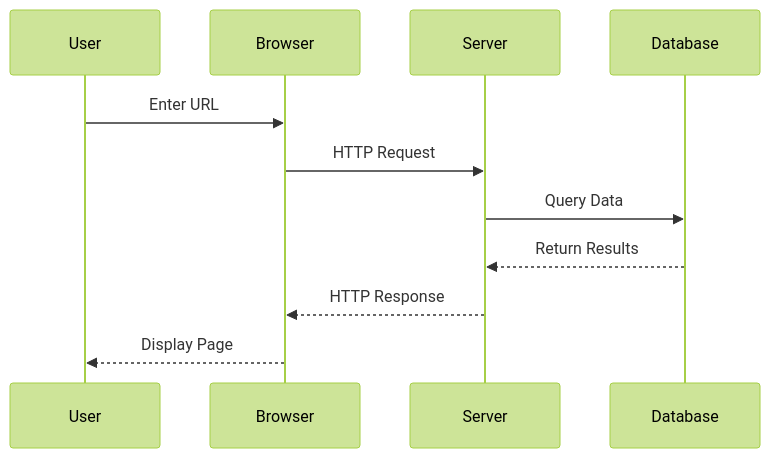
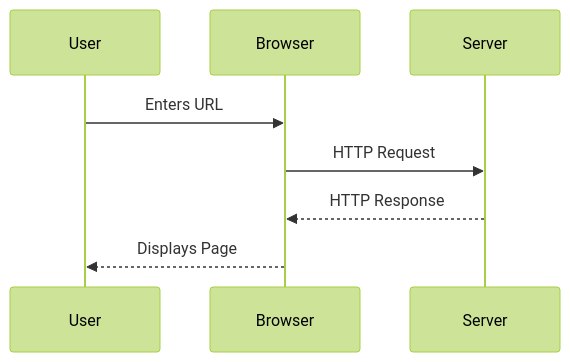
One commit to docmd-io/docs changed the first of 3 diagrams in docs/plugins/mermaid.md. Above: the diagram before and after it, drawn with Mermaid (forest theme). The commit also changed other lines of this file and 55 other files, not shown here.

````diff
--- a/docs/plugins/mermaid.md
+++ b/docs/plugins/mermaid.md
@@ -63,14 +39,11 @@
 ```mermaid
 sequenceDiagram
     participant User
     participant Browser
     participant Server
-    participant Database
     
-    User->>Browser: Enter URL
+    User->>Browser: Enters URL
     Browser->>Server: HTTP Request
-    Server->>Database: Query Data
-    Database-->>Server: Return Results
     Server-->>Browser: HTTP Response
-    Browser-->>User: Display Page
+    Browser-->>User: Displays Page
 ```
````
